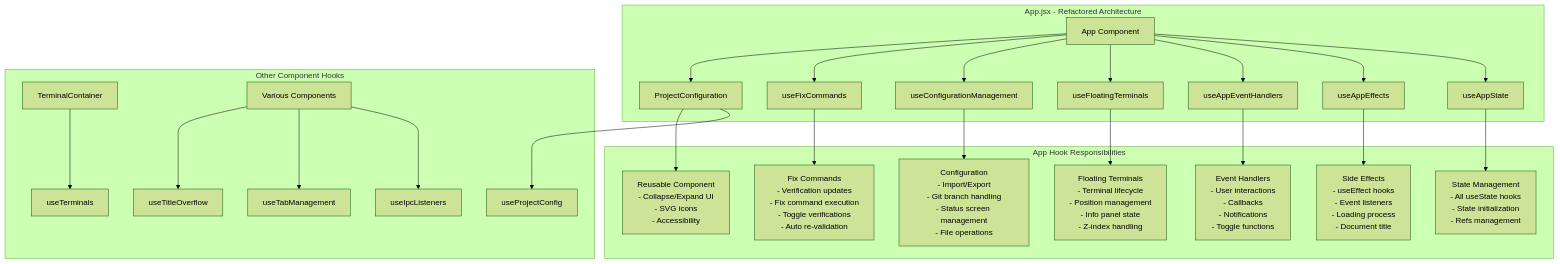
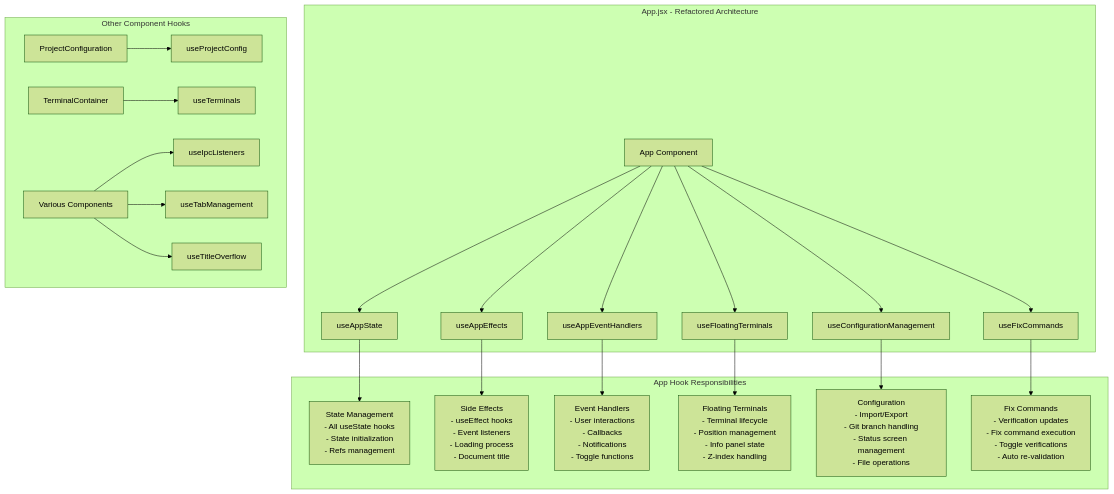
Before and after one commit to sagy101/ProjectName-Manager: the second of 11 diagrams in docs/architecture.md, drawn with Mermaid (forest theme). The commit also changed other lines of this file and 10 other files, not shown here.

````diff
--- a/docs/architecture.md
+++ b/docs/architecture.md
@@ -159,30 +158,28 @@
 ```mermaid
 graph TB
     subgraph "App.jsx - Refactored Architecture"
         A[App Component] --> B[useAppState]
         A --> C[useAppEffects]
         A --> D[useAppEventHandlers]
         A --> E[useFloatingTerminals]
         A --> F[useConfigurationManagement]
         A --> G[useFixCommands]
-        A --> H[ConfigCollapseButton]
     end
     
     subgraph "Other Component Hooks"
         H[ProjectConfiguration] --> I[useProjectConfig]
         J[TerminalContainer] --> K[useTerminals]
         L[Various Components] --> M[useIpcListeners]
         L --> N[useTabManagement]
         L --> O[useTitleOverflow]
     end
     
     subgraph "App Hook Responsibilities"
         B --> P[State Management<br/>- All useState hooks<br/>- State initialization<br/>- Refs management]
         C --> Q[Side Effects<br/>- useEffect hooks<br/>- Event listeners<br/>- Loading process<br/>- Document title]
         D --> R[Event Handlers<br/>- User interactions<br/>- Callbacks<br/>- Notifications<br/>- Toggle functions]
         E --> S[Floating Terminals<br/>- Terminal lifecycle<br/>- Position management<br/>- Info panel state<br/>- Z-index handling]
         F --> T[Configuration<br/>- Import/Export<br/>- Git branch handling<br/>- Status screen management<br/>- File operations]
         G --> V[Fix Commands<br/>- Verification updates<br/>- Fix command execution<br/>- Toggle verifications<br/>- Auto re-validation]
-        H --> U[Reusable Component<br/>- Collapse/Expand UI<br/>- SVG icons<br/>- Accessibility]
     end
 ```
````
